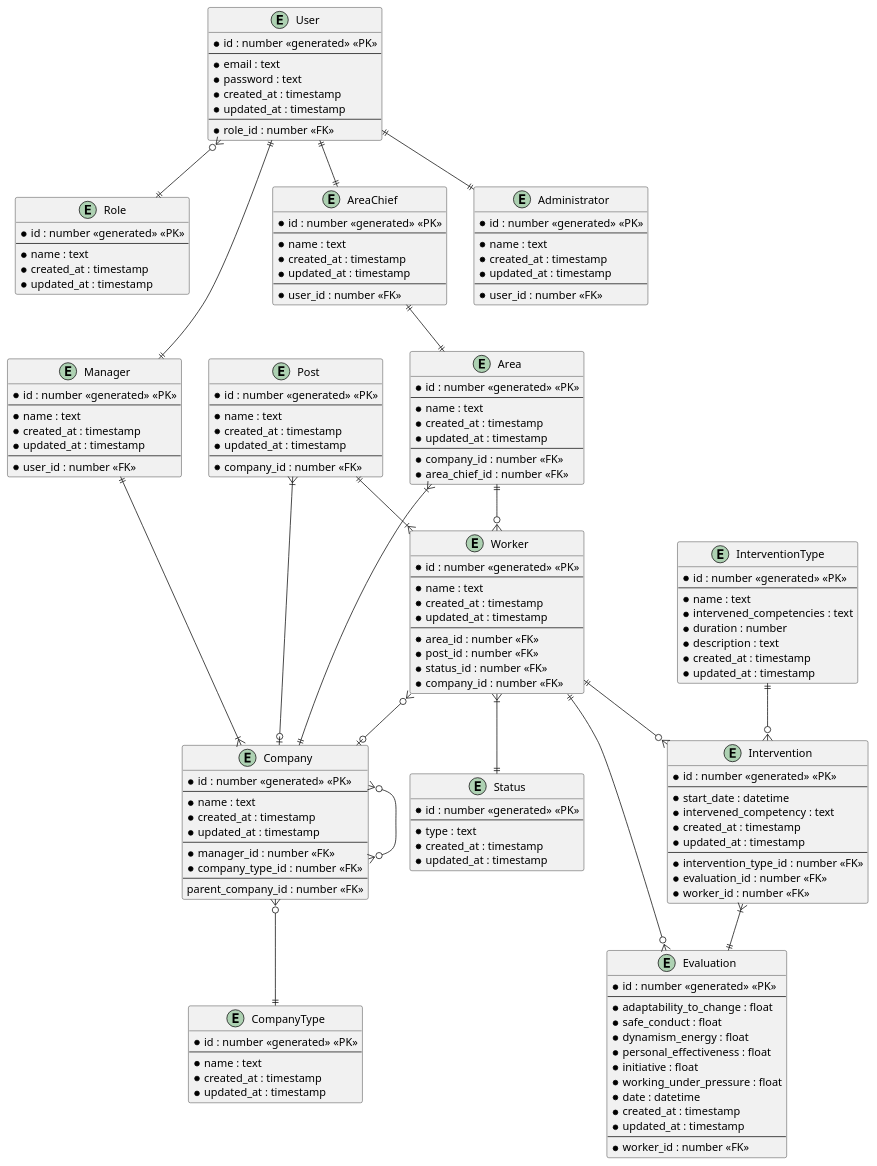
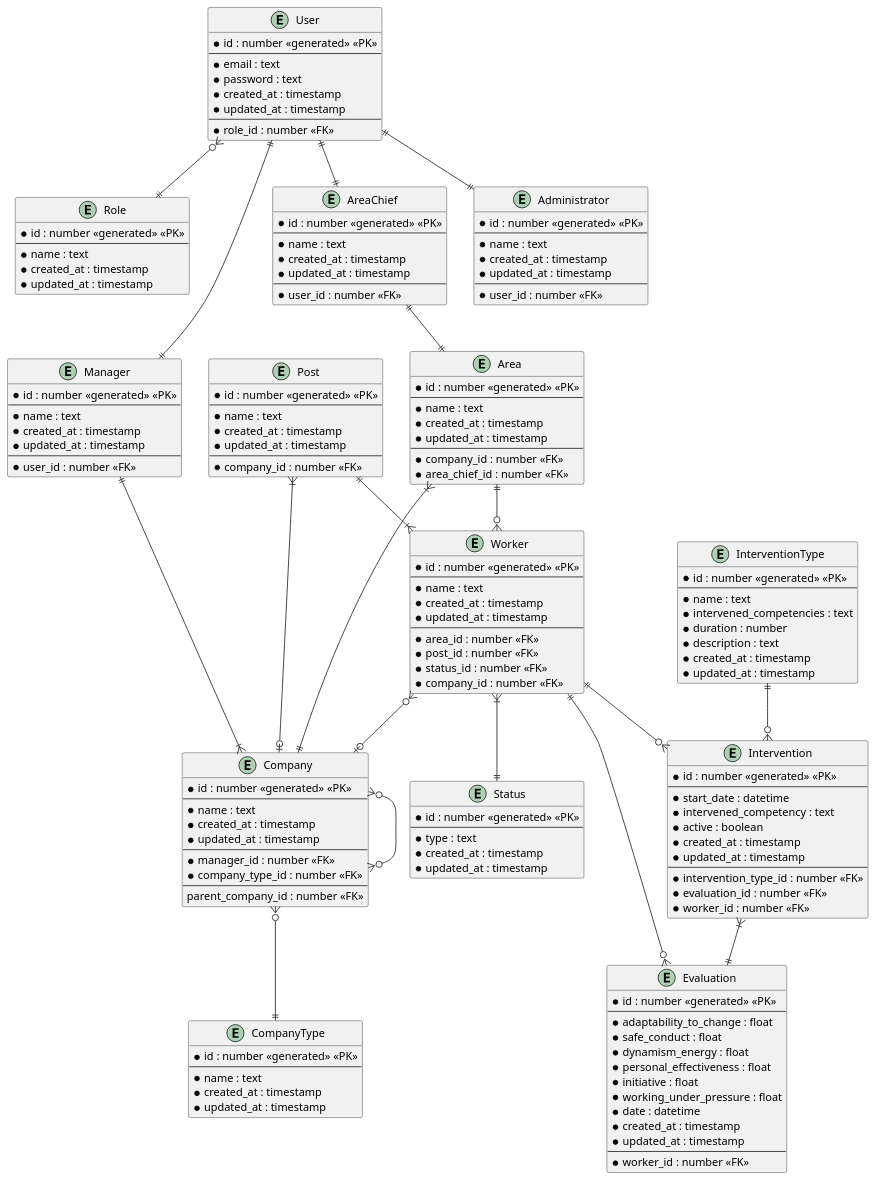
The diagram in docs/ER.puml (noctulitos-hackadisc/backend-hackadisc), drawn with PlantUML before and after one commit. The commit also changed 2 other files, not shown here.

Commit message:
fix: adapt intervention to the er model

```diff
--- a/docs/ER.puml
+++ b/docs/ER.puml
@@ -1,182 +1,183 @@
 @startuml ER-Diagram
 hide empty methods
 
 entity User {
     * id : number <<generated>> <<PK>>
     --
     * email : text
     * password : text
     * created_at : timestamp
     * updated_at : timestamp
     --
     *role_id : number <<FK>>
 }
 
 entity Role {
     * id : number <<generated>> <<PK>>
     --
     * name : text
     * created_at : timestamp
     * updated_at : timestamp
 }
 
 entity Manager {
     * id : number <<generated>> <<PK>>
     --
     * name : text
     * created_at : timestamp
     * updated_at : timestamp
     --
     * user_id : number <<FK>>
 }
 
 entity AreaChief {
     * id : number <<generated>> <<PK>>
     --
     * name : text
     * created_at : timestamp
     * updated_at : timestamp
     --
     * user_id : number <<FK>>
 }
 
 entity Administrator {
     * id : number <<generated>> <<PK>>
     --
     * name : text
     * created_at : timestamp
     * updated_at : timestamp
     --
     * user_id : number <<FK>>
 }
 
 entity Company {
     * id : number <<generated>> <<PK>>
     --
     * name : text
     * created_at : timestamp
     * updated_at : timestamp
     --
     * manager_id : number <<FK>>
     * company_type_id : number <<FK>>
     --
     parent_company_id : number <<FK>>
 }
 
 entity CompanyType {
     * id : number <<generated>> <<PK>>
     --
     * name : text
     * created_at : timestamp
     * updated_at : timestamp
 }
 
 entity Area {
     * id : number <<generated>> <<PK>>
     --
     * name : text
     * created_at : timestamp
     * updated_at : timestamp
     --
     * company_id : number <<FK>>
     * area_chief_id : number <<FK>>
 }
 
 entity Post {
     * id : number <<generated>> <<PK>>
     --
     * name : text
     * created_at : timestamp
     * updated_at : timestamp
     --
     * company_id : number <<FK>>
 }
 
 entity Worker {
     * id : number <<generated>> <<PK>>
     --
     * name : text
     * created_at : timestamp
     * updated_at : timestamp
     --
     * area_id : number <<FK>>
     * post_id : number <<FK>>
     * status_id : number <<FK>>
     * company_id : number <<FK>>
 }
 
 entity Status {
     * id : number <<generated>> <<PK>>
     --
     * type : text
     * created_at : timestamp
     * updated_at : timestamp
 }
 
 entity Evaluation {
     * id : number <<generated>> <<PK>>
     --
     * adaptability_to_change : float
     * safe_conduct : float
     * dynamism_energy : float
     * personal_effectiveness : float
     * initiative : float
     * working_under_pressure : float
     * date : datetime
     * created_at : timestamp
     * updated_at : timestamp
     --
     * worker_id : number <<FK>>
 }
 
 entity Intervention {
     * id : number <<generated>> <<PK>>
     --
     * start_date : datetime
     * intervened_competency : text
+    * active : boolean
     * created_at : timestamp
     * updated_at : timestamp
     --
     * intervention_type_id : number <<FK>>
     * evaluation_id : number <<FK>>
     * worker_id : number <<FK>>
 }
 
 entity InterventionType {
     * id : number <<generated>> <<PK>>
     --
     * name : text
     * intervened_competencies : text
     * duration : number
     * description : text
     * created_at : timestamp
     * updated_at : timestamp
 }
 
 Area }|--|| Company
 Worker }o--o| Company
 Manager ||--|{ Company
 Company }o--|| CompanyType
 
 Area ||--o{ Worker
 Post ||--|{ Worker
 
 Worker }|--|| Status
 
 Worker ||--o{ Evaluation
 Worker ||--o{ Intervention
 Intervention }|--|| Evaluation
 InterventionType ||--o{ Intervention
 
 Post }|--o| Company
 
 User }o--|| Role
 User ||--|| Manager
 User ||--|| AreaChief
 User ||--|| Administrator
 
 AreaChief ||--|| Area
 
 Company }o--o{ Company
 
 @enduml
```
